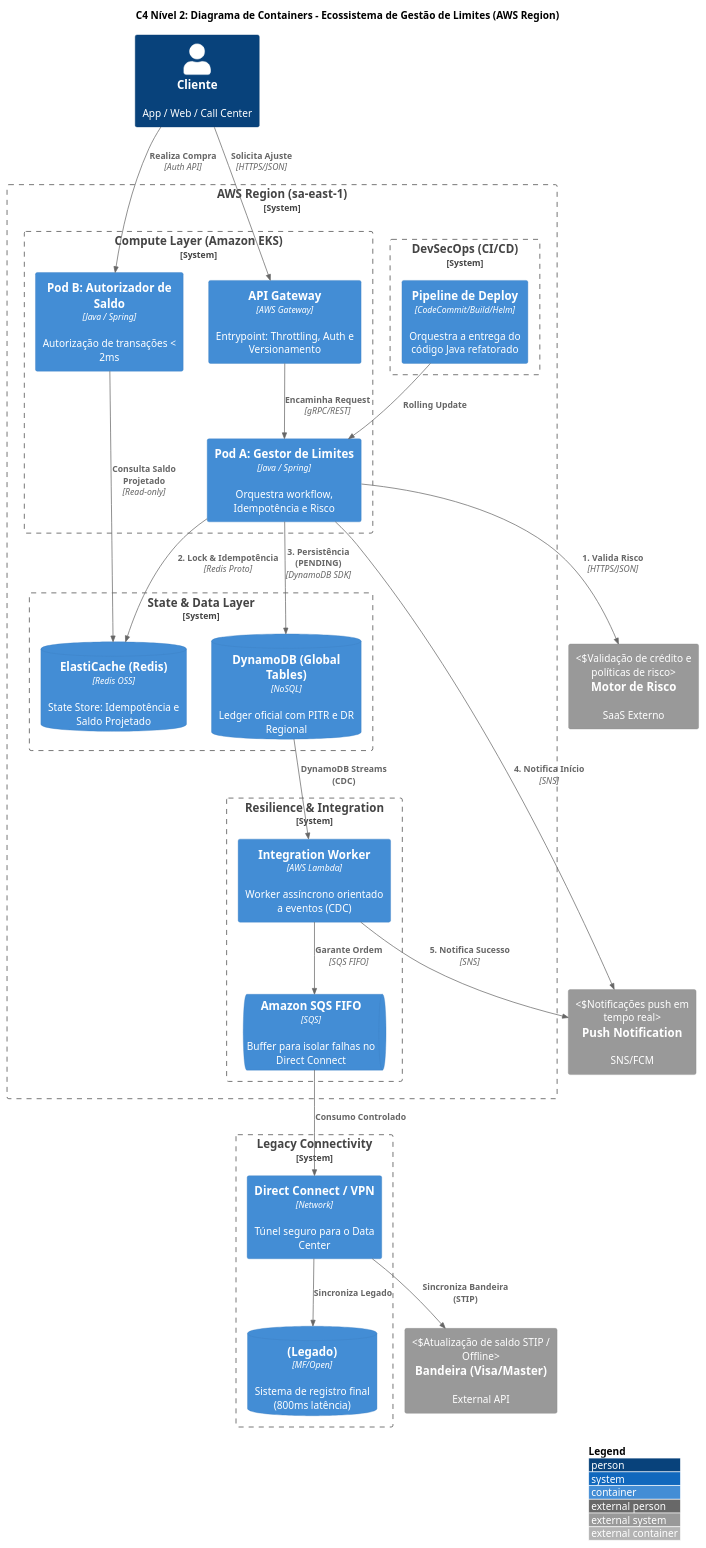
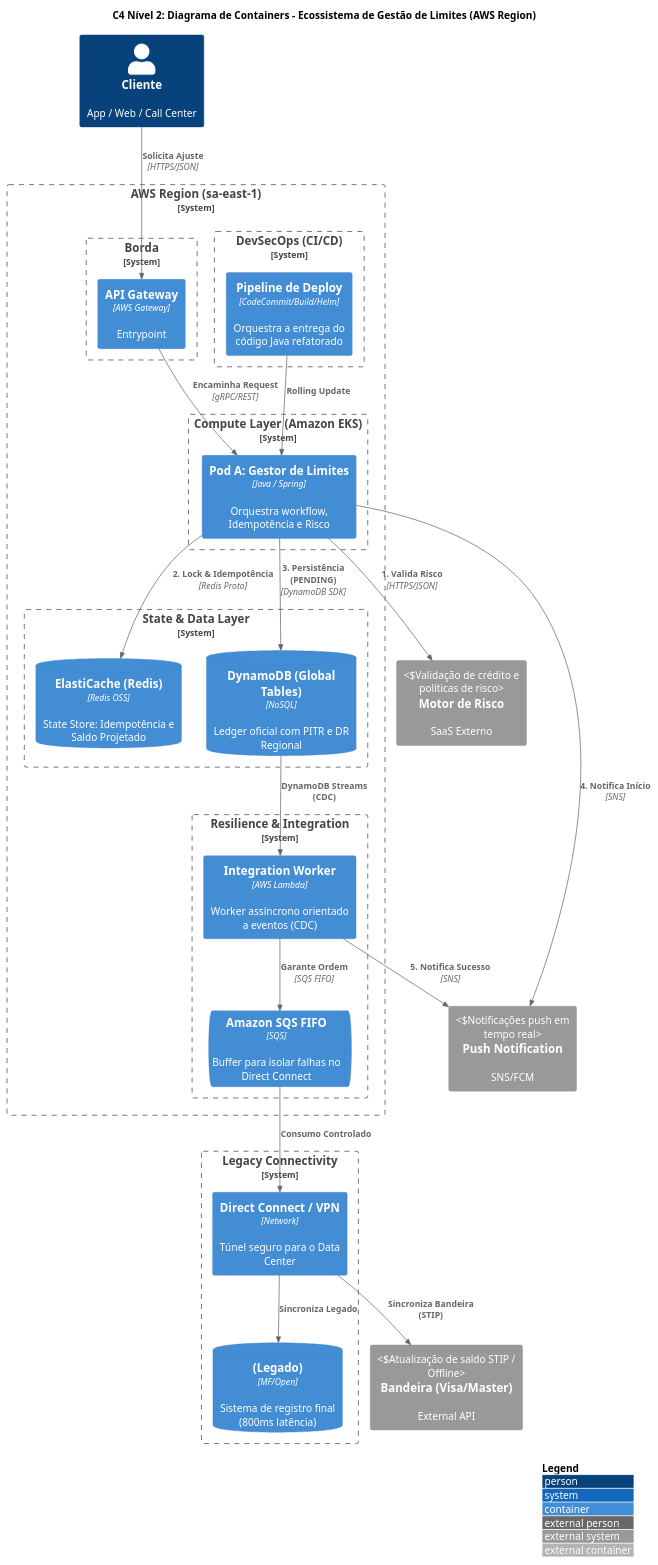
The diagram in diagramasPlantUml/C4 infra.plantuml (fabriziorodrigues01/desenhoArquiteturaSolucao), drawn with PlantUML before and after one commit. The commit also changed 5 other files, not shown here.

```diff
--- a/diagramasPlantUml/C4 infra.plantuml
+++ b/diagramasPlantUml/C4 infra.plantuml
@@ -1,67 +1,66 @@
 @startuml
 !include https://raw.githubusercontent.com/plantuml-stdlib/C4-PlantUML/master/C4_Container.puml
 
 LAYOUT_WITH_LEGEND()
 title C4 Nível 2: Diagrama de Containers - Ecossistema de Gestão de Limites (AWS Region)
 
 ' Atores e Sistemas Externos
 Person(customer, "Cliente", "App / Web / Call Center")
 
 System_Ext(risk_saas, "Motor de Risco", "SaaS Externo", "Validação de crédito e políticas de risco")
 System_Ext(push_svc, "Push Notification", "SNS/FCM", "Notificações push em tempo real")
 System_Ext(brand, "Bandeira (Visa/Master)", "External API", "Atualização de saldo STIP / Offline")
 
 ' Região AWS
 System_Boundary(aws_region, "AWS Region (sa-east-1)") {
 
     System_Boundary(cicd, "DevSecOps (CI/CD)") {
         Container(pipeline, "Pipeline de Deploy", "CodeCommit/Build/Helm", "Orquestra a entrega do código Java refatorado")
     }
 
+    System_Boundary(edge_security, "Borda") {
+	Container(apigw, "API Gateway", "AWS Gateway", "Entrypoint")
+    }
+        
     System_Boundary(compute, "Compute Layer (Amazon EKS)") {
-        Container(apigw, "API Gateway", "AWS Gateway", "Entrypoint: Throttling, Auth e Versionamento")
-        Container(pod_limit, "Pod A: Gestor de Limites", "Java / Spring", "Orquestra workflow, Idempotência e Risco")
-        Container(pod_auth, "Pod B: Autorizador de Saldo", "Java / Spring", "Autorização de transações < 2ms")
+        Container(pod_limit, "Pod A: Gestor de Limites", "Java / Spring", "Orquestra workflow, Idempotência e Risco")     
     }
 
     System_Boundary(storage, "State & Data Layer") {
         ContainerDb(redis, "ElastiCache (Redis)", "Redis OSS", "State Store: Idempotência e Saldo Projetado")
         ContainerDb(dynamo, "DynamoDB (Global Tables)", "NoSQL", "Ledger oficial com PITR e DR Regional")
     }
 
     System_Boundary(integration, "Resilience & Integration") {
         Container(lambda, "Integration Worker", "AWS Lambda", "Worker assíncrono orientado a eventos (CDC)")
         ContainerQueue(sqs, "Amazon SQS FIFO", "SQS", "Buffer para isolar falhas no Direct Connect")
     }
+
+    
 }
 
 ' Conectividade e On-Premise
 System_Boundary(onprem_connectivity, "Legacy Connectivity") {
     Container(dx, "Direct Connect / VPN", "Network", "Túnel seguro para o Data Center")
     ContainerDb(legacy, "(Legado)", "MF/Open", "Sistema de registro final (800ms latência)")
 }
 
 ' Relacionamentos
 Rel(pipeline, pod_limit, "Rolling Update")
 Rel(customer, apigw, "Solicita Ajuste", "HTTPS/JSON")
 Rel(apigw, pod_limit, "Encaminha Request", "gRPC/REST")
 
 ' Fluxo com Sistemas Externos
 Rel(pod_limit, risk_saas, "1. Valida Risco", "HTTPS/JSON")
 Rel(pod_limit, redis, "2. Lock & Idempotência", "Redis Proto")
 Rel(pod_limit, dynamo, "3. Persistência (PENDING)", "DynamoDB SDK")
 Rel(pod_limit, push_svc, "4. Notifica Início", "SNS")
 
 ' Fluxo Assíncrono
 Rel(dynamo, lambda, "DynamoDB Streams (CDC)")
 Rel(lambda, sqs, "Garante Ordem", "SQS FIFO")
 Rel(sqs, dx, "Consumo Controlado")
 Rel(dx, legacy, "Sincroniza Legado")
 Rel(dx, brand, "Sincroniza Bandeira (STIP)")
 Rel(lambda, push_svc, "5. Notifica Sucesso", "SNS")
-
-' Autorização
-Rel(customer, pod_auth, "Realiza Compra", "Auth API")
-Rel(pod_auth, redis, "Consulta Saldo Projetado", "Read-only")
-
 @enduml
```
